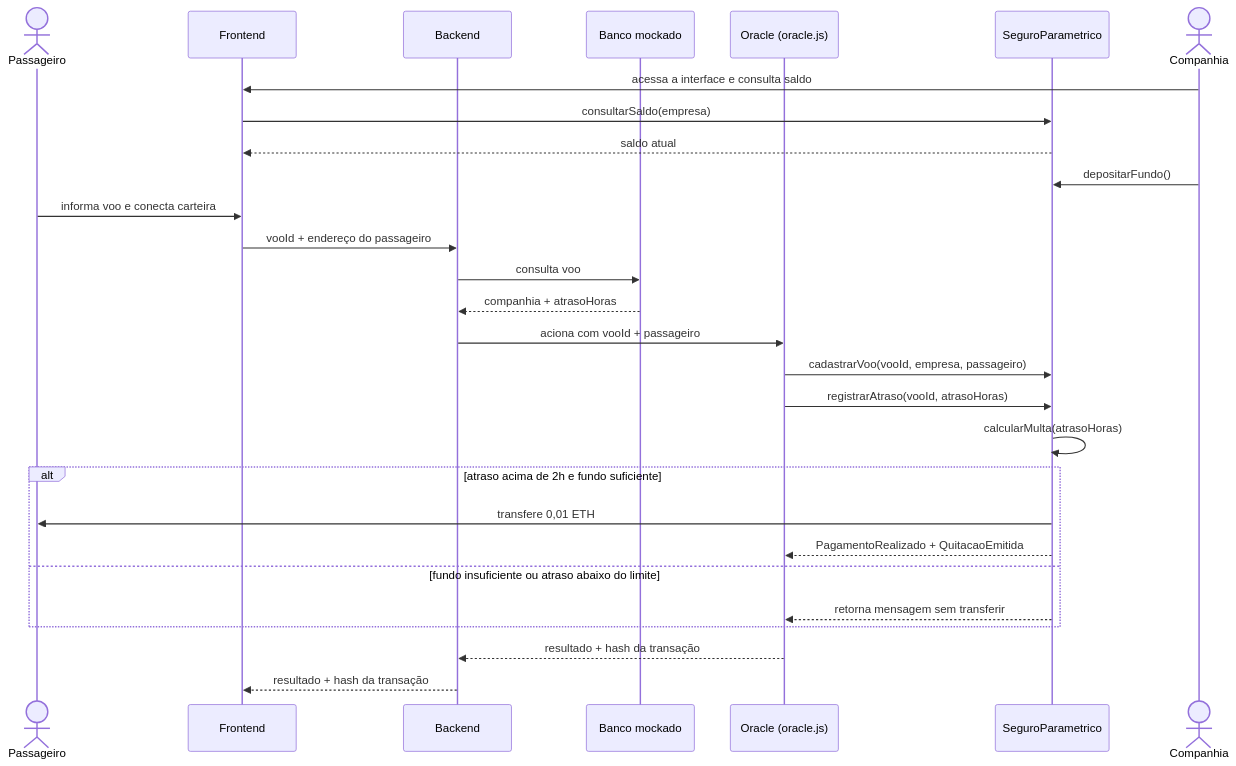
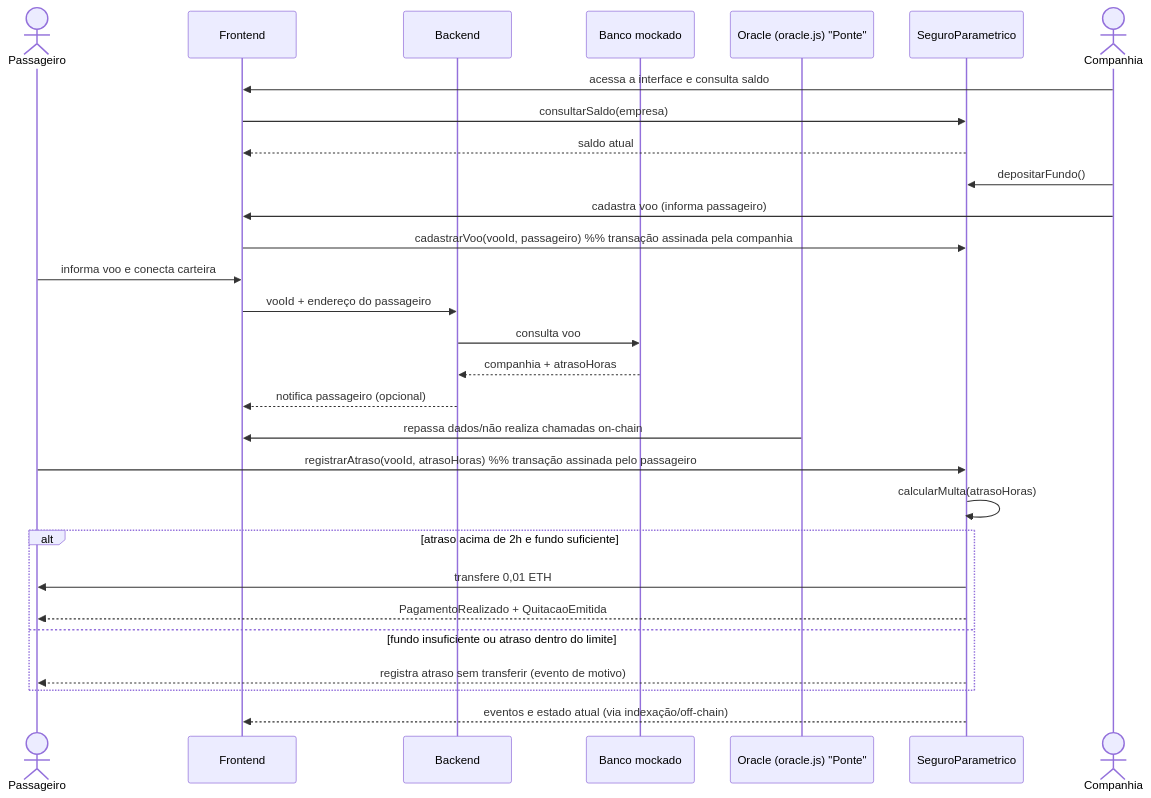
One commit to Joaogomesbrandao/AcordoInstant changed the diagram in docs/arquitetura.md. Above: the diagram before and after it, drawn with Mermaid. The commit also changed other lines of this file and 4 other files, not shown here.

Commit message:
feat: update architecture and smart-contract

````diff
--- a/docs/arquitetura.md
+++ b/docs/arquitetura.md
@@ -6,31 +6,34 @@
 ```mermaid
 sequenceDiagram
     actor Passageiro
     participant Frontend
     participant Backend
     participant Mock as Banco mockado
-    participant Oracle as Oracle (oracle.js)
+    participant Oracle as Oracle (oracle.js) "Ponte"
     participant Contrato as SeguroParametrico
     actor Companhia
 
     Companhia->>Frontend: acessa a interface e consulta saldo
     Frontend->>Contrato: consultarSaldo(empresa)
     Contrato-->>Frontend: saldo atual
     Companhia->>Contrato: depositarFundo()
+    Companhia->>Frontend: cadastra voo (informa passageiro)
+    Frontend->>Contrato: cadastrarVoo(vooId, passageiro)  %% transação assinada pela companhia
+
     Passageiro->>Frontend: informa voo e conecta carteira
     Frontend->>Backend: vooId + endereço do passageiro
     Backend->>Mock: consulta voo
     Mock-->>Backend: companhia + atrasoHoras
-    Backend->>Oracle: aciona com vooId + passageiro
-    Oracle->>Contrato: cadastrarVoo(vooId, empresa, passageiro)
-    Oracle->>Contrato: registrarAtraso(vooId, atrasoHoras)
+    Backend-->>Frontend: notifica passageiro (opcional)
+    Oracle->>Frontend: repassa dados/não realiza chamadas on-chain
+    Passageiro->>Contrato: registrarAtraso(vooId, atrasoHoras) %% transação assinada pelo passageiro
+
     Contrato->>Contrato: calcularMulta(atrasoHoras)
     alt atraso acima de 2h e fundo suficiente
         Contrato->>Passageiro: transfere 0,01 ETH
-        Contrato-->>Oracle: PagamentoRealizado + QuitacaoEmitida
-    else fundo insuficiente ou atraso abaixo do limite
-        Contrato-->>Oracle: retorna mensagem sem transferir
+        Contrato-->>Passageiro: PagamentoRealizado + QuitacaoEmitida
+    else fundo insuficiente ou atraso dentro do limite
+        Contrato-->>Passageiro: registra atraso sem transferir (evento de motivo)
     end
-    Oracle-->>Backend: resultado + hash da transação
-    Backend-->>Frontend: resultado + hash da transação
+    Contrato-->>Frontend: eventos e estado atual (via indexação/off-chain)
 ```
````
